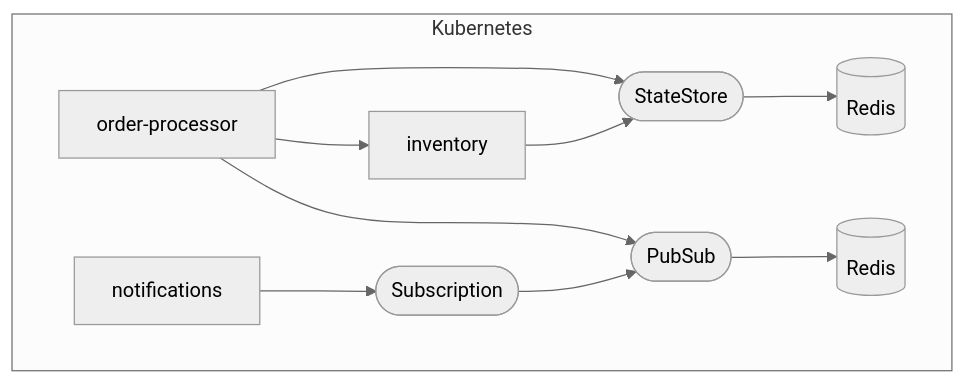
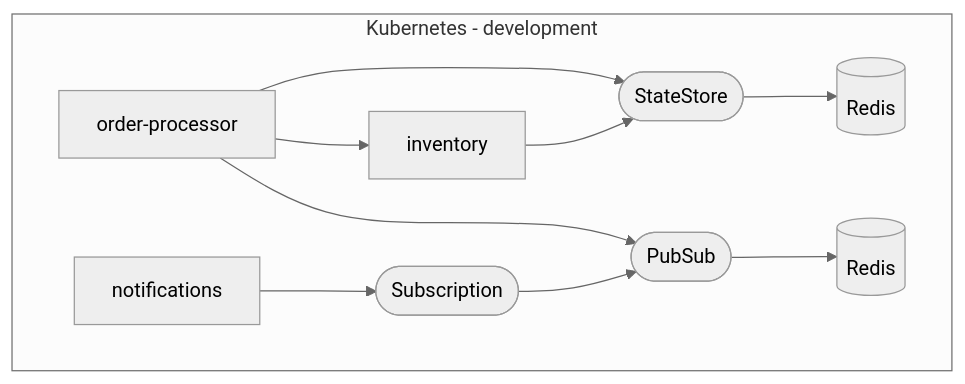
The third of 5 diagrams in score-demo.md (kendallroden/kubecon-dapr-score-demo), drawn with Mermaid (neutral theme) before and after one commit. The commit also changed other lines of this file, not shown here.

````diff
--- a/score-demo.md
+++ b/score-demo.md
@@ -88,10 +89,10 @@
 ```mermaid
 flowchart TD
-    subgraph Kubernetes
+    subgraph Kubernetes - development
         inventory-->state-store([StateStore])-->redis-statestore[(Redis)]
         notifications-->subscription([Subscription])-->pubsub([PubSub])
         order-processor-->state-store
         order-processor-->pubsub-->redis-pubsub[(Redis)]
         order-processor-->inventory
     end
 ```
````
